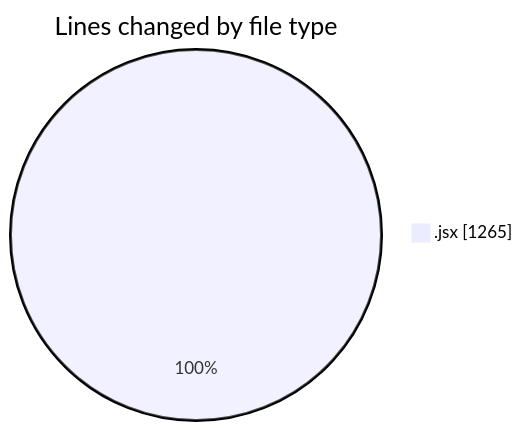
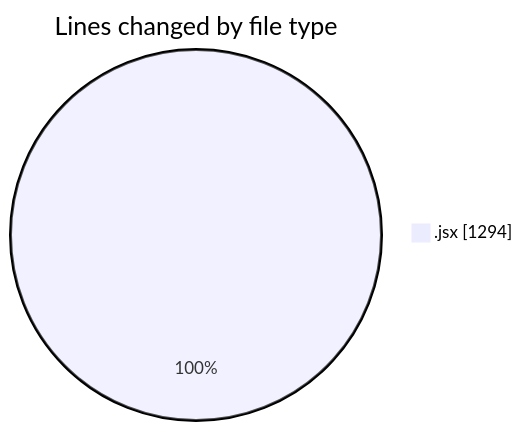
The first of 2 diagrams in 2025-05-10/argos-dev/README.md (nxtqubesakshisongat/code-tracking), drawn with Mermaid before and after one commit. The commit also changed other lines of this file and 1 other file, not shown here.

````diff
--- a/2025-05-10/argos-dev/README.md
+++ b/2025-05-10/argos-dev/README.md
@@ -21,5 +21,5 @@
 ```mermaid
 pie showData
 title Lines changed by file type
-".jsx" : 1265
+".jsx" : 1294
 ```
````
